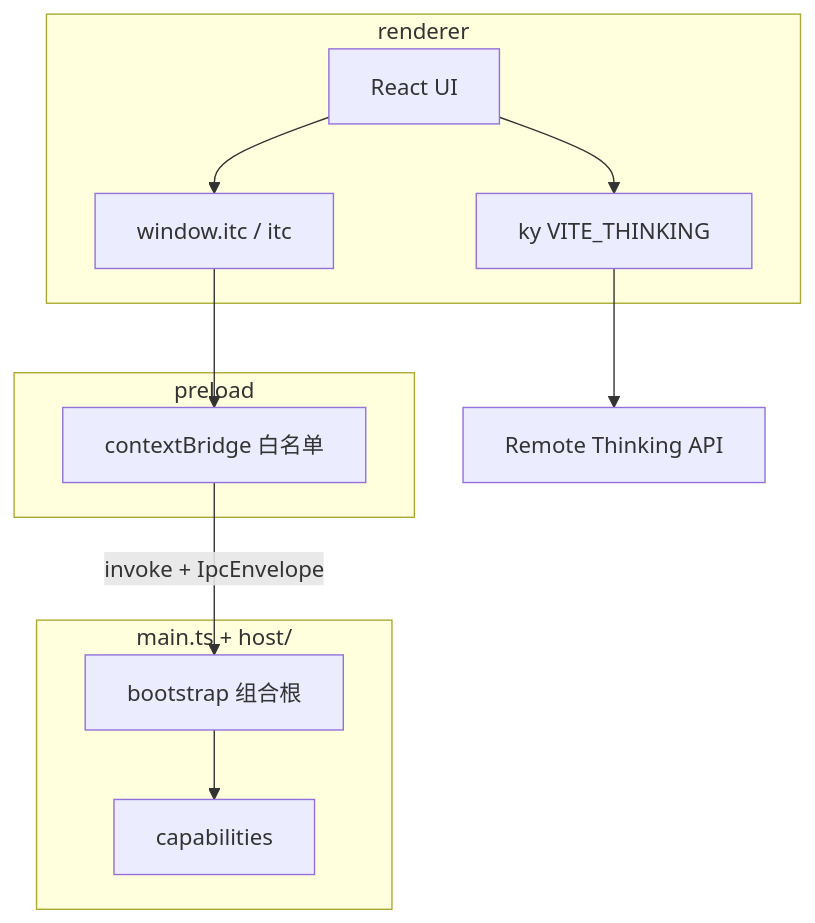
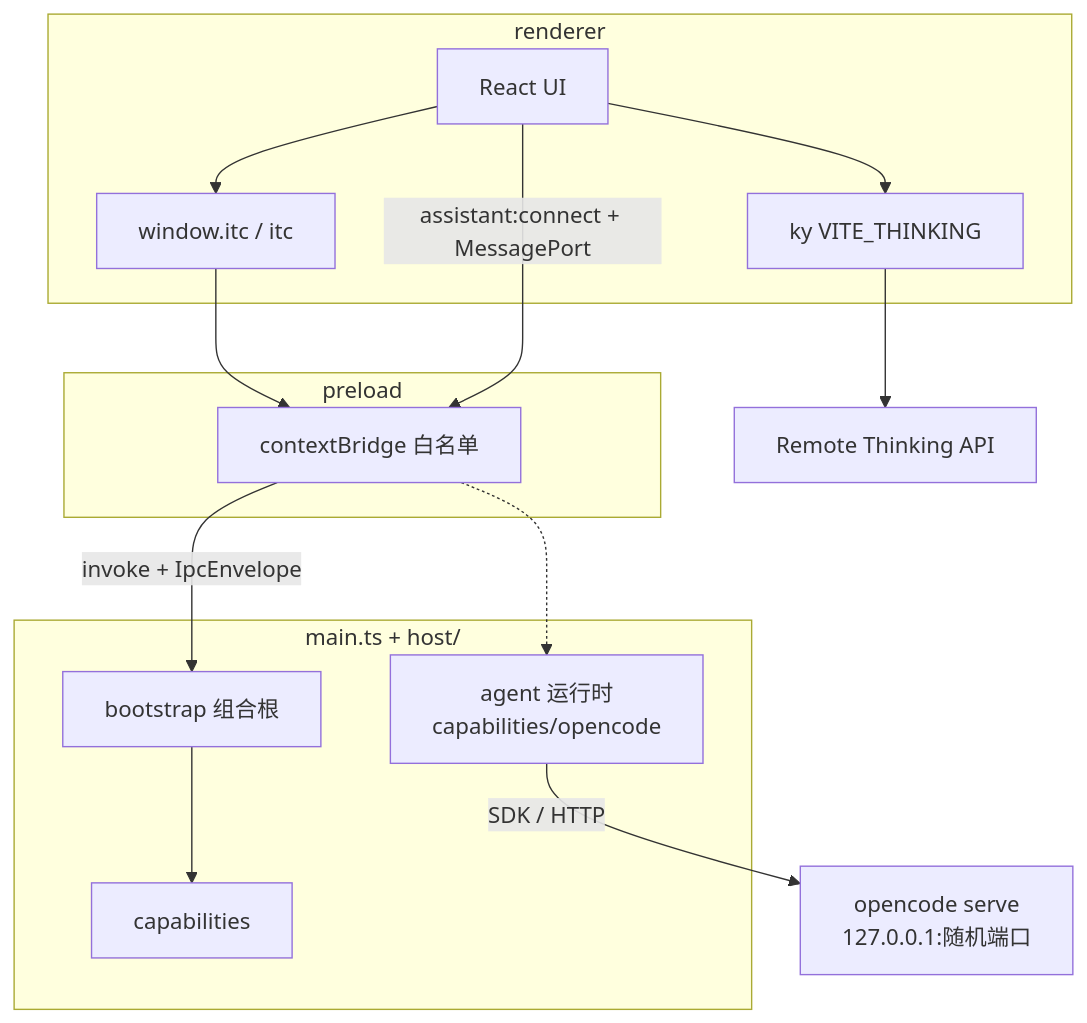
Before and after one commit to layenbrank/i-thinking: the diagram in docs/apps/studio/architecture.md, drawn with Mermaid. The commit also changed other lines of this file and 9 other files, not shown here.

````diff
--- a/docs/apps/studio/architecture.md
+++ b/docs/apps/studio/architecture.md
@@ -21,22 +24,27 @@
 ```mermaid
 flowchart TB
   subgraph renderer [renderer]
     UI[React UI]
     SDK["window.itc / itc"]
     HTTP[ky VITE_THINKING]
   end
   subgraph preload [preload]
     Bridge[contextBridge 白名单]
   end
   subgraph host [main.ts + host/]
     Boot[bootstrap 组合根]
     Caps[capabilities]
+    Runtime["agent 运行时<br/>capabilities/opencode"]
   end
   Cloud[Remote Thinking API]
+  Oc["opencode serve<br/>127.0.0.1:随机端口"]
   UI --> SDK
   SDK --> Bridge
   Bridge -->|invoke + IpcEnvelope| Boot
   Boot --> Caps
+  UI -->|"assistant:connect + MessagePort"| Bridge
+  Bridge -.-> Runtime
+  Runtime -->|SDK / HTTP| Oc
   UI --> HTTP
   HTTP --> Cloud
 ```
````
